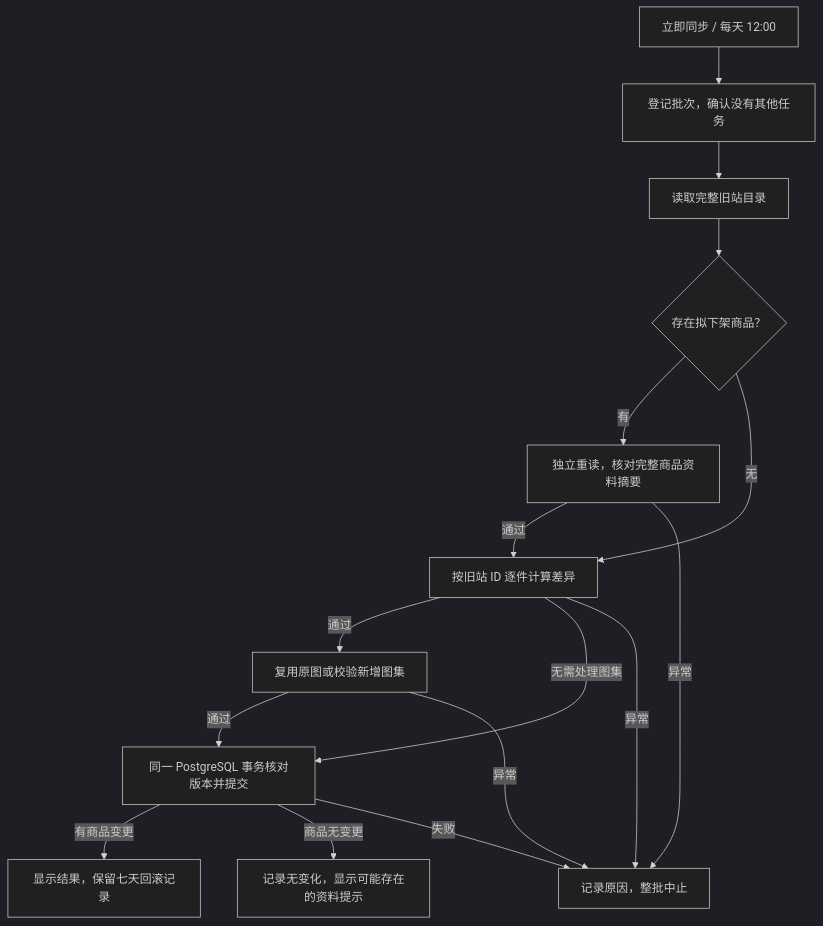
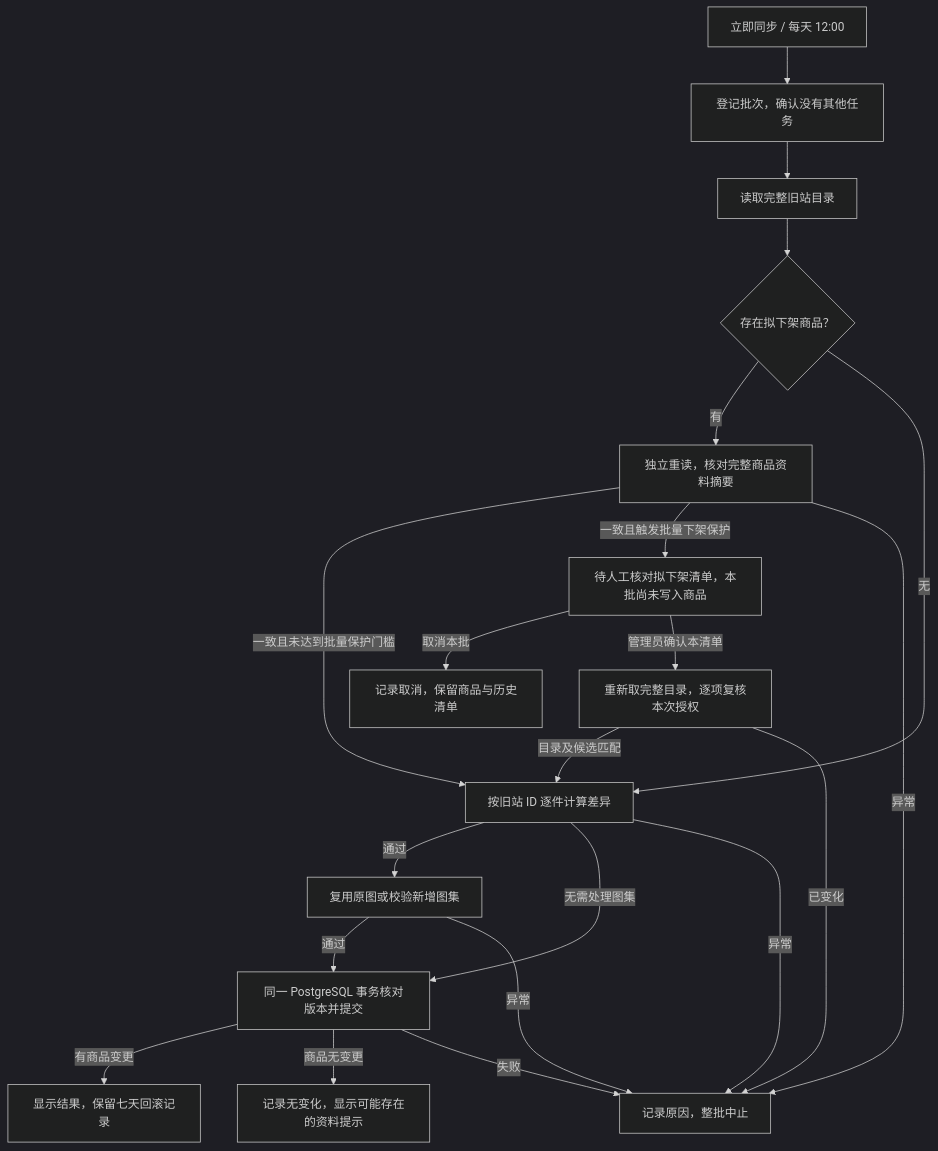
Before and after one commit to ZhaoZan010903/QingYeGame: the diagram in 代码/部署/qingye-production/README--旧站商品同步.md, drawn with Mermaid (dark theme). The commit also changed other lines of this file and 13 other files, not shown here.

````diff
--- a/代码/部署/qingye-production/README--旧站商品同步.md
+++ b/代码/部署/qingye-production/README--旧站商品同步.md
@@ -11,18 +11,23 @@
 ```mermaid
 flowchart TD
     Trigger["立即同步 / 每天 12:00"] --> Reserve["登记批次，确认没有其他任务"]
     Reserve --> Read["读取完整旧站目录"]
     Read --> Down{"存在拟下架商品？"}
     Down -->|有| Verify["独立重读，核对完整商品资料摘要"]
     Down -->|无| Compare["按旧站 ID 逐件计算差异"]
-    Verify -->|通过| Compare
+    Verify -->|一致且未达到批量保护门槛| Compare
+    Verify -->|一致且触发批量下架保护| Review["待人工核对拟下架清单，本批尚未写入商品"]
+    Review -->|取消本批| Cancel["记录取消，保留商品与历史清单"]
+    Review -->|管理员确认本清单| Recheck["重新取完整目录，逐项复核本次授权"]
+    Recheck -->|目录及候选匹配| Compare
+    Recheck -->|已变化| Stop
     Verify -->|异常| Stop["记录原因，整批中止"]
     Compare -->|通过| Media["复用原图或校验新增图集"]
     Compare -->|无需处理图集| Commit
     Compare -->|异常| Stop
     Media -->|通过| Commit["同一 PostgreSQL 事务核对版本并提交"]
     Media -->|异常| Stop
     Commit -->|有商品变更| Result["显示结果，保留七天回滚记录"]
     Commit -->|商品无变更| Done["记录无变化，显示可能存在的资料提示"]
     Commit -->|失败| Stop
 ```
````
